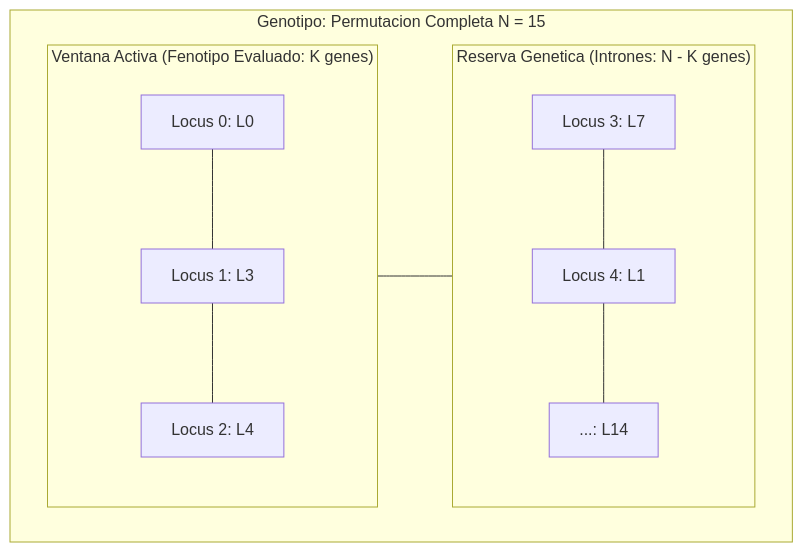
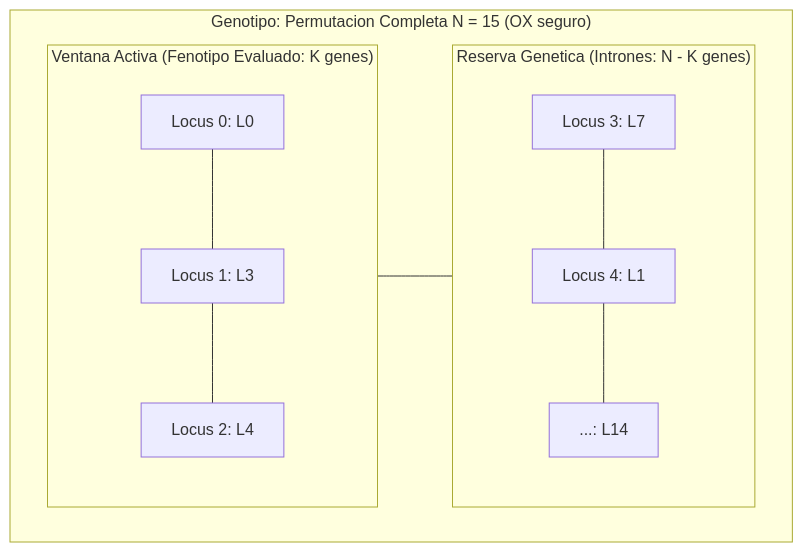
The fifth of 8 diagrams in README.md (angel4luu/si-project-unmsm), drawn with Mermaid before and after one commit. The commit also changed other lines of this file, not shown here.

````diff
--- a/README.md
+++ b/README.md
@@ -429,13 +434,13 @@
 ```mermaid
 flowchart LR
-    subgraph Genotipo["Genotipo: Permutacion Completa N = 15"]
+    subgraph Genotipo["Genotipo: Permutacion Completa N = 15 (OX seguro)"]
         direction LR
         subgraph Activos["Ventana Activa (Fenotipo Evaluado: K genes)"]
             G1["Locus 0: L0"] --- G2["Locus 1: L3"] --- G3["Locus 2: L4"]
         end
         subgraph Reserva["Reserva Genetica (Intrones: N - K genes)"]
             G4["Locus 3: L7"] --- G5["Locus 4: L1"] --- G6["...: L14"]
         end
         Activos --- Reserva
     end
 ```
````
